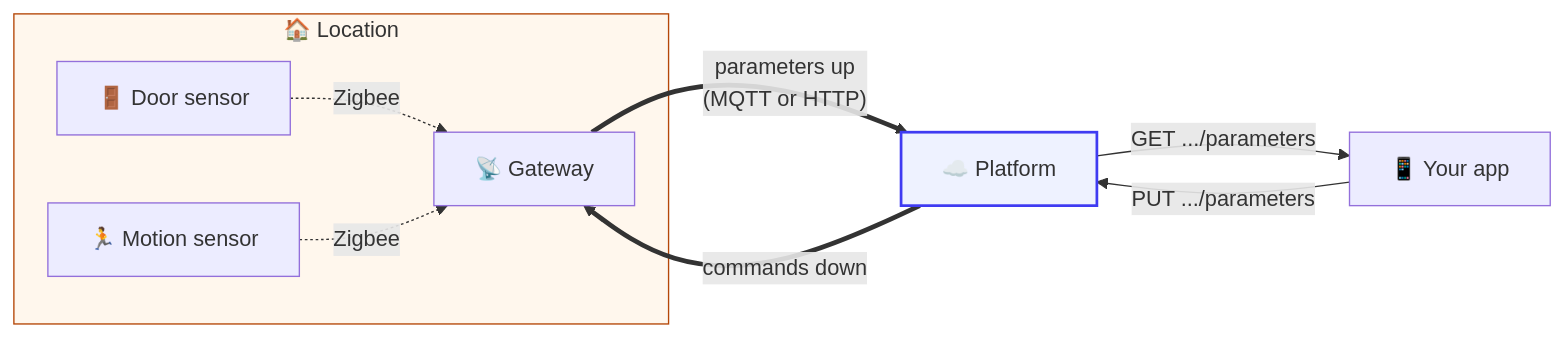
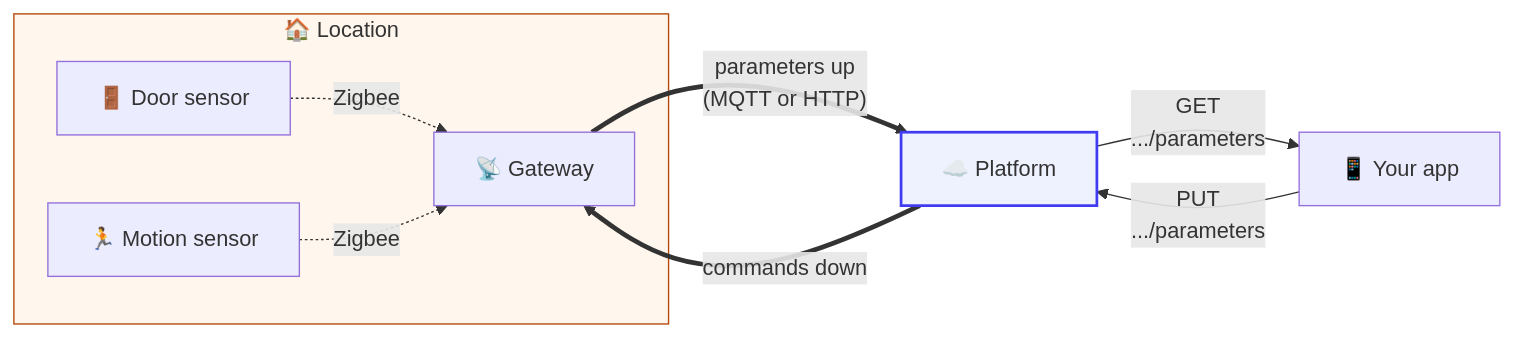
The first of 2 diagrams in concepts/devices_and_parameters.md (CareDailyAI/docs), drawn with Mermaid before and after one commit. The commit also changed 30 other files, not shown here.

First line of the commit message:
Diagrams: wrap every flowchart label to short rows so Chrome stops clipping them

````diff
--- a/concepts/devices_and_parameters.md
+++ b/concepts/devices_and_parameters.md
@@ -10,17 +10,17 @@
 ```mermaid
 flowchart LR
     subgraph Home["🏠 Location"]
         GW["📡 Gateway"]
         S1["🚪 Door sensor"]
         S2["🏃 Motion sensor"]
         S1 -.->|"Zigbee"| GW
         S2 -.->|"Zigbee"| GW
     end
     GW ==>|"parameters up<br/>(MQTT or HTTP)"| P["☁️ Platform"]
     P ==>|"commands down"| GW
-    P -->|"GET .../parameters"| APP["📱 Your app"]
-    APP -->|"PUT .../parameters"| P
+    P -->|"GET<br/>.../parameters"| APP["📱 Your app"]
+    APP -->|"PUT<br/>.../parameters"| P
 
     style P fill:#eef2ff,stroke:#3f3bf2,stroke-width:2px
     style Home fill:#fff7ed,stroke:#b54708
 ```
````
